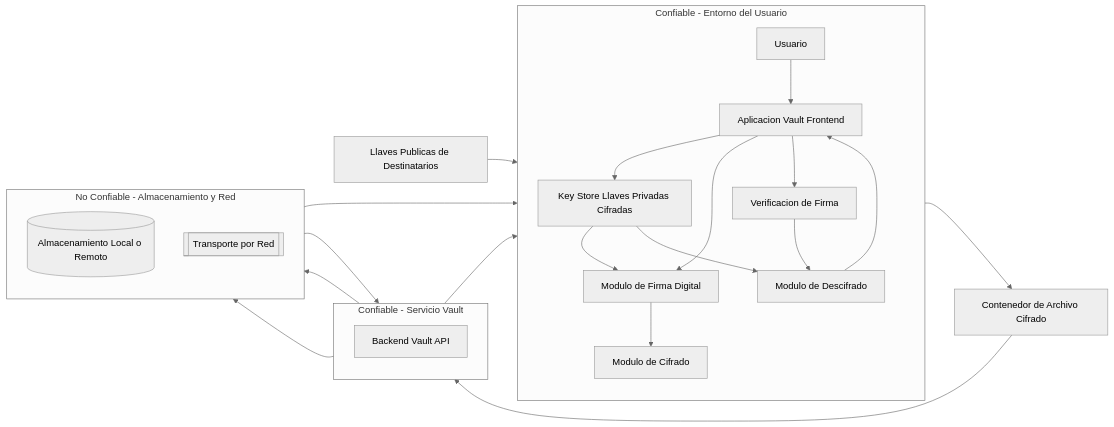
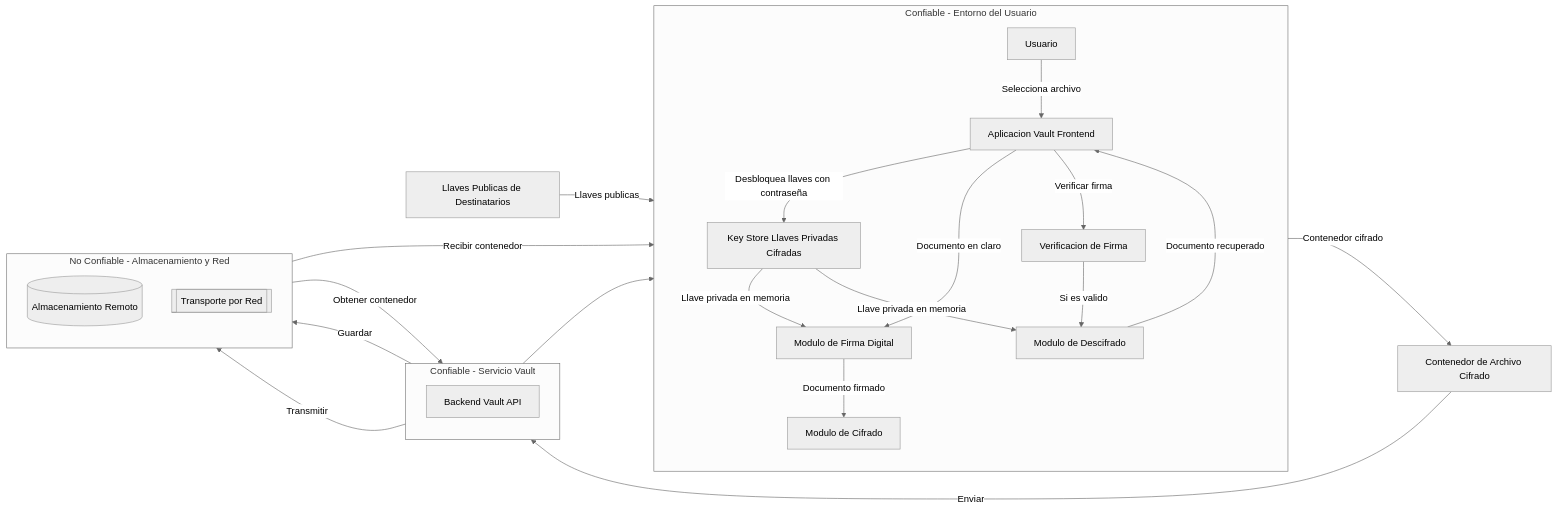
Before and after one commit to irvinjair9/boveda-digital-criptografia: the diagram in README.md, drawn with Mermaid (neutral theme).

Commit message:
Se modifico el diagrama de arquitectura

````diff
--- a/README.md
+++ b/README.md
@@ -44,47 +44,50 @@
 ```mermaid
 flowchart LR
 
   subgraph TRUSTED_USER[Confiable - Entorno del Usuario]
     direction TB
     U[Usuario]
     UI[Aplicacion Vault Frontend]
     KS[Key Store Llaves Privadas Cifradas]
     SIGN[Modulo de Firma Digital]
     ENC[Modulo de Cifrado]
     VER[Verificacion de Firma]
     DEC[Modulo de Descifrado]
   end
 
   subgraph TRUSTED_BACKEND[Confiable - Servicio Vault]
     direction TB
     API[Backend Vault API]
   end
 
   subgraph UNTRUSTED[No Confiable - Almacenamiento y Red]
     direction TB
-    ST[(Almacenamiento Local o Remoto)]
+    ST[(Almacenamiento Remoto)]
     NET[[Transporte por Red]]
   end
 
   PK[Llaves Publicas de Destinatarios]
   C[Contenedor de Archivo Cifrado]
 
-  U --> UI
-  UI --> KS
-  KS --> SIGN
-  UI --> SIGN
-  SIGN --> ENC
-  PK --> ENC
-  ENC --> C
-  C --> API
-  API --> ST
-  API --> NET
+  %% Flujo de creacion
+  U -->|Selecciona archivo| UI
+  UI -->|Desbloquea llaves con contraseña| KS
+  KS -->|Llave privada en memoria| SIGN
+  UI -->|Documento en claro| SIGN
+  SIGN -->|Documento firmado| ENC
+  PK -->|Llaves publicas| ENC
+  ENC -->|Contenedor cifrado| C
+  C -->|Enviar| API
+  API -->|Guardar| ST
+  API -->|Transmitir| NET
 
-  NET --> UI
-  ST --> API
+  %% Flujo de recepcion
+  NET -->|Recibir contenedor| UI
+  ST -->|Obtener contenedor| API
   API --> UI
-  UI --> VER
-  VER --> DEC
-  KS --> DEC
-  DEC --> UI
+  UI -->|Verificar firma| VER
+  VER -->|Si es valido| DEC
+  KS -->|Llave privada en memoria| DEC
+  DEC -->|Documento recuperado| UI
+
 ```
````
